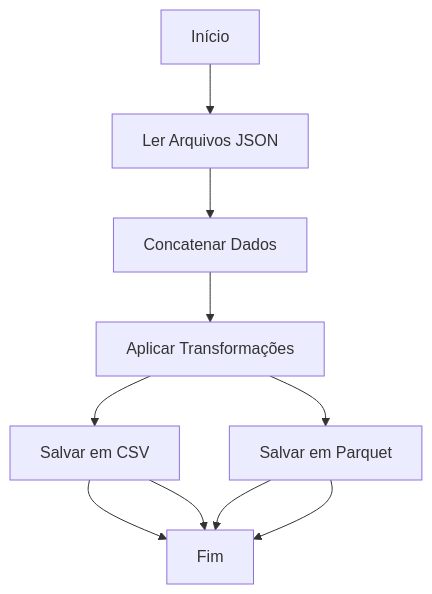
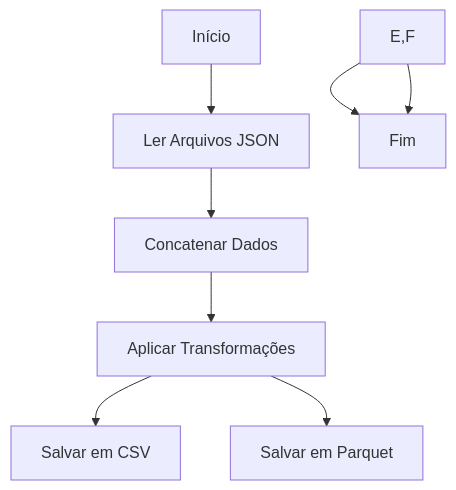
Before and after one commit to BrunoChiconato/bootcamp-python: the diagram in dia08/README.md, drawn with Mermaid.

Commit message:
Update
- Alteração na documentação.

````diff
--- a/dia08/README.md
+++ b/dia08/README.md
@@ -44,12 +44,10 @@
 ```mermaid
 graph TD;
     A[Início] --> B[Ler Arquivos JSON];
     B --> C[Concatenar Dados];
     C --> D[Aplicar Transformações];
     D --> E[Salvar em CSV]
     D --> F[Salvar em Parquet];
-    E --> G[Registrar Logs];
-    F --> G[Registrar Logs];
-    E --> G[Fim];
-    F --> G[Fim];
+    E,F --> G[Registrar Logs];
+    E,F --> G[Fim];
 ```
````
